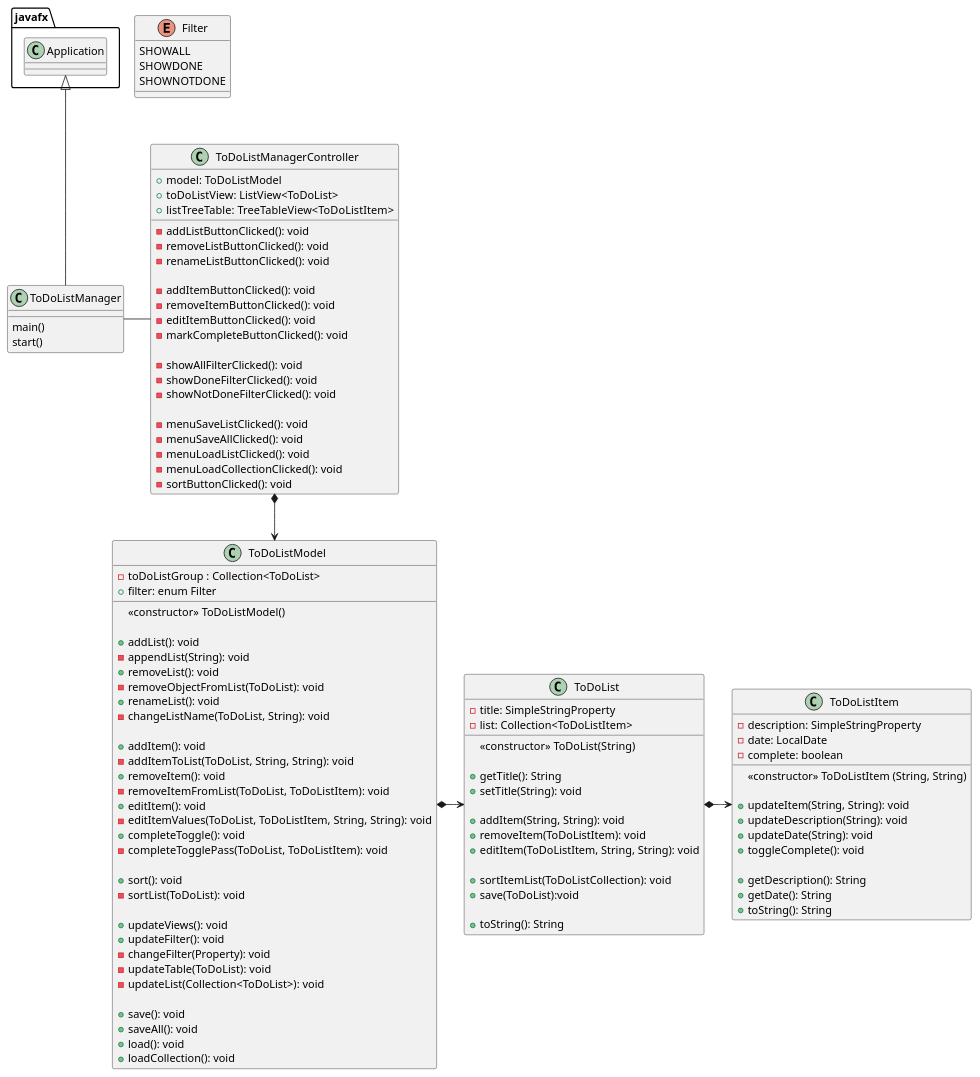
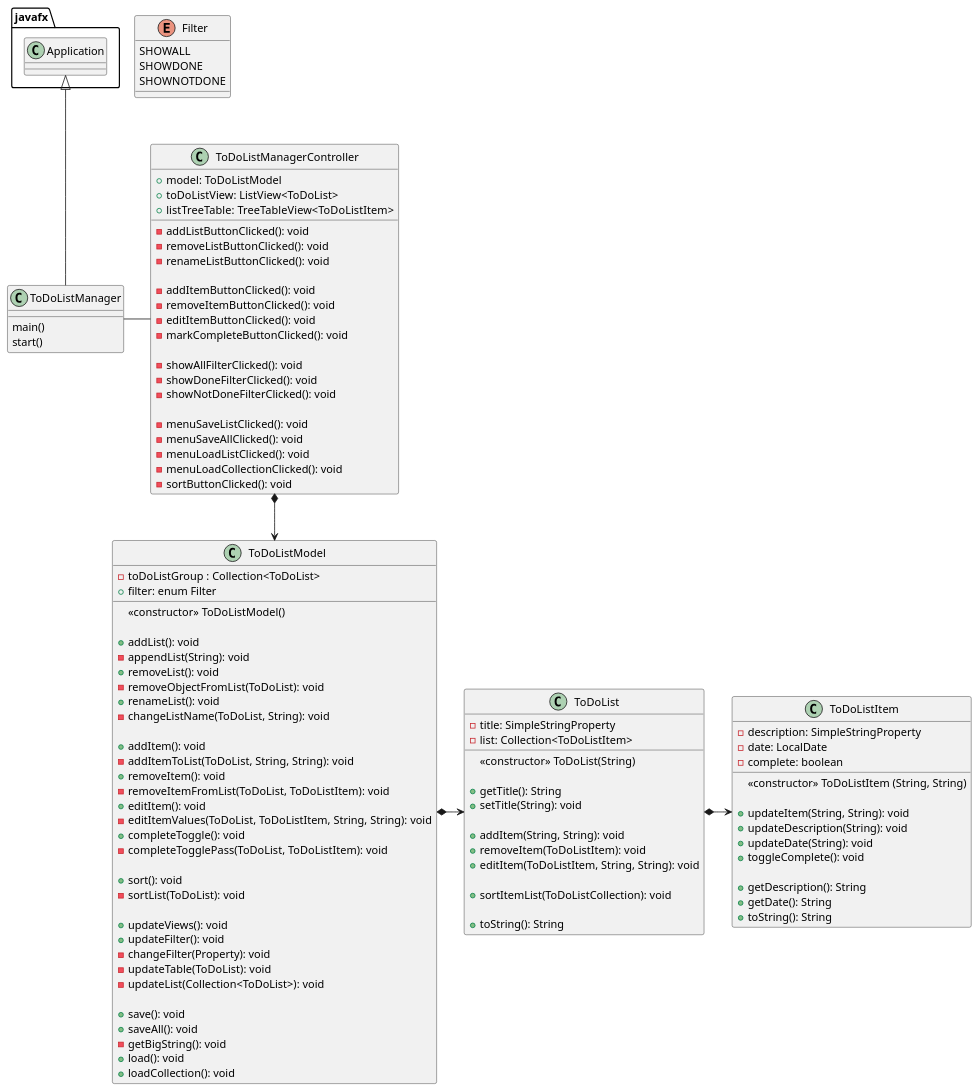
The diagram in uml/ToDoListManager.puml (GSabiniPanini/little-cop3330-assignment4), drawn with PlantUML before and after one commit. The commit also changed 4 other files, not shown here.

```diff
--- a/uml/ToDoListManager.puml
+++ b/uml/ToDoListManager.puml
@@ -1,119 +1,119 @@
 @startuml
 'https://plantuml.com/class-diagram'
 
 class ToDoListManager {
     main()
     start()
 }
 
 enum Filter {
     SHOWALL
     SHOWDONE
     SHOWNOTDONE
 }
 
 class ToDoListManagerController {
     + model: ToDoListModel
     + toDoListView: ListView<ToDoList>
     + listTreeTable: TreeTableView<ToDoListItem>
 
     - addListButtonClicked(): void
     - removeListButtonClicked(): void
     - renameListButtonClicked(): void
 
     - addItemButtonClicked(): void
     - removeItemButtonClicked(): void
     - editItemButtonClicked(): void
     - markCompleteButtonClicked(): void
 
     - showAllFilterClicked(): void
     - showDoneFilterClicked(): void
     - showNotDoneFilterClicked(): void
 
     - menuSaveListClicked(): void
     - menuSaveAllClicked(): void
     - menuLoadListClicked(): void
     - menuLoadCollectionClicked(): void
     - sortButtonClicked(): void
 }
 
 class ToDoListModel {
     - toDoListGroup : Collection<ToDoList>
     + filter: enum Filter
 
     <<constructor>> ToDoListModel()
 
     + addList(): void
     - appendList(String): void
     + removeList(): void
     - removeObjectFromList(ToDoList): void
     + renameList(): void
     - changeListName(ToDoList, String): void
 
     + addItem(): void
     - addItemToList(ToDoList, String, String): void
     + removeItem(): void
     - removeItemFromList(ToDoList, ToDoListItem): void
     + editItem(): void
     - editItemValues(ToDoList, ToDoListItem, String, String): void
     + completeToggle(): void
     - completeTogglePass(ToDoList, ToDoListItem): void
 
     + sort(): void
     - sortList(ToDoList): void
 
     + updateViews(): void
     + updateFilter(): void
     - changeFilter(Property): void
     - updateTable(ToDoList): void
     - updateList(Collection<ToDoList>): void
 
     + save(): void
     + saveAll(): void
+    - getBigString(): void
     + load(): void
     + loadCollection(): void
 }
 
 class ToDoList {
     - title: SimpleStringProperty
     - list: Collection<ToDoListItem>
 
     <<constructor>> ToDoList(String)
 
     + getTitle(): String
     + setTitle(String): void
 
     + addItem(String, String): void
     + removeItem(ToDoListItem): void
     + editItem(ToDoListItem, String, String): void
 
     + sortItemList(ToDoListCollection): void
-    + save(ToDoList):void
 
     + toString(): String
 }
 
 class ToDoListItem {
     - description: SimpleStringProperty
     - date: LocalDate
     - complete: boolean
 
     <<constructor>> ToDoListItem (String, String)
 
     + updateItem(String, String): void
     + updateDescription(String): void
     + updateDate(String): void
     + toggleComplete(): void
 
     + getDescription(): String
     + getDate(): String
     + toString(): String
 }
 
 javafx.Application <|-- ToDoListManager
 ToDoListManager - ToDoListManagerController
 ToDoListManagerController *--> ToDoListModel
 ToDoListModel *-> ToDoList
 ToDoList *-> ToDoListItem
 
 @enduml
```
